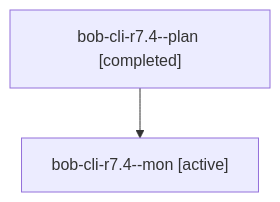
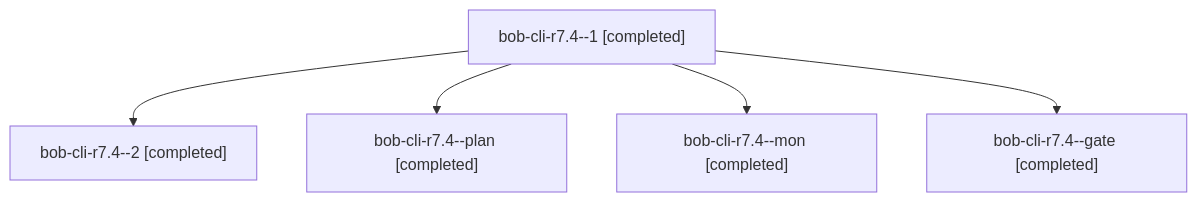
The diagram in sessions/bbugyi200.athena.bob-cli-r7.4.md (bobs-org/bob-cli--agents), drawn with Mermaid before and after one commit. The commit also changed other lines of this file and 61 other files, not shown here.

````diff
--- a/sessions/bbugyi200.athena.bob-cli-r7.4.md
+++ b/sessions/bbugyi200.athena.bob-cli-r7.4.md
@@ -9,6 +9,12 @@
 ```mermaid
 flowchart TD
-  n0["bob-cli-r7.4--plan [completed]"]
-  n1["bob-cli-r7.4--mon [active]"]
+  n0["bob-cli-r7.4--1 [completed]"]
+  n1["bob-cli-r7.4--2 [completed]"]
   n0 --> n1
+  n2["bob-cli-r7.4--plan [completed]"]
+  n0 --> n2
+  n3["bob-cli-r7.4--mon [completed]"]
+  n0 --> n3
+  n4["bob-cli-r7.4--gate [completed]"]
+  n0 --> n4
 ```
````
